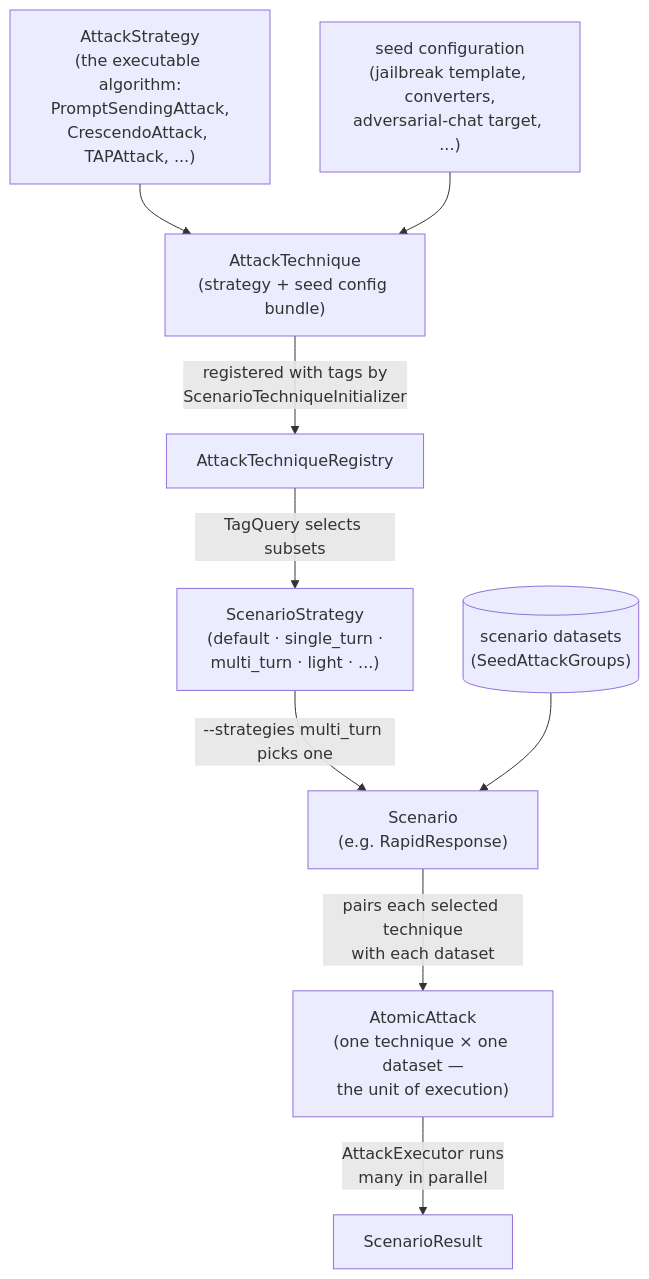
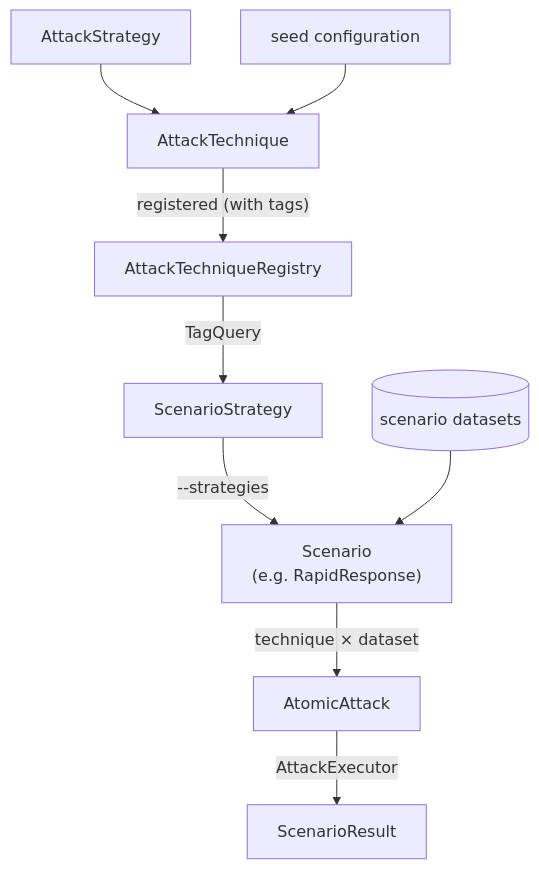
The diagram in doc/blog/2026_06_04_scenarios.md (hannahwestra25/PyRIT), drawn with Mermaid before and after one commit. The commit also changed other lines of this file, not shown here.

````diff
--- a/doc/blog/2026_06_04_scenarios.md
+++ b/doc/blog/2026_06_04_scenarios.md
@@ -104,19 +105,17 @@
 ```mermaid
 flowchart TB
-    AS["AttackStrategy<br/>(the executable algorithm:<br/>PromptSendingAttack,<br/>CrescendoAttack, TAPAttack, ...)"]
-    SC["seed configuration<br/>(jailbreak template, converters,<br/>adversarial-chat target, ...)"]
-    AT["AttackTechnique<br/>(strategy + seed config bundle)"]
+    AS["AttackStrategy"]
+    SC["seed configuration"]
+    AT["AttackTechnique"]
     AS --> AT
     SC --> AT
 
-    AT -->|"registered with tags by<br/>ScenarioTechniqueInitializer"| Reg["AttackTechniqueRegistry"]
+    AT -->|"registered (with tags)"| Reg["AttackTechniqueRegistry"]
+    Reg -->|"TagQuery"| Strat["ScenarioStrategy"]
 
-    Reg -->|"TagQuery selects subsets"| Strat["ScenarioStrategy<br/>(default · single_turn ·<br/>multi_turn · light · ...)"]
+    Strat -->|"--strategies"| Sc["Scenario<br/>(e.g. RapidResponse)"]
+    DS[("scenario datasets")] --> Sc
 
-    Strat -->|"--strategies multi_turn picks one"| Sc["Scenario<br/>(e.g. RapidResponse)"]
-    DS[("scenario datasets<br/>(SeedAttackGroups)")] --> Sc
-
-    Sc -->|"pairs each selected technique<br/>with each dataset"| AA["AtomicAttack<br/>(one technique × one dataset —<br/>the unit of execution)"]
-
-    AA -->|"AttackExecutor runs<br/>many in parallel"| Res["ScenarioResult"]
+    Sc -->|"technique × dataset"| AA["AtomicAttack"]
+    AA -->|"AttackExecutor"| Res["ScenarioResult"]
 ```
````
